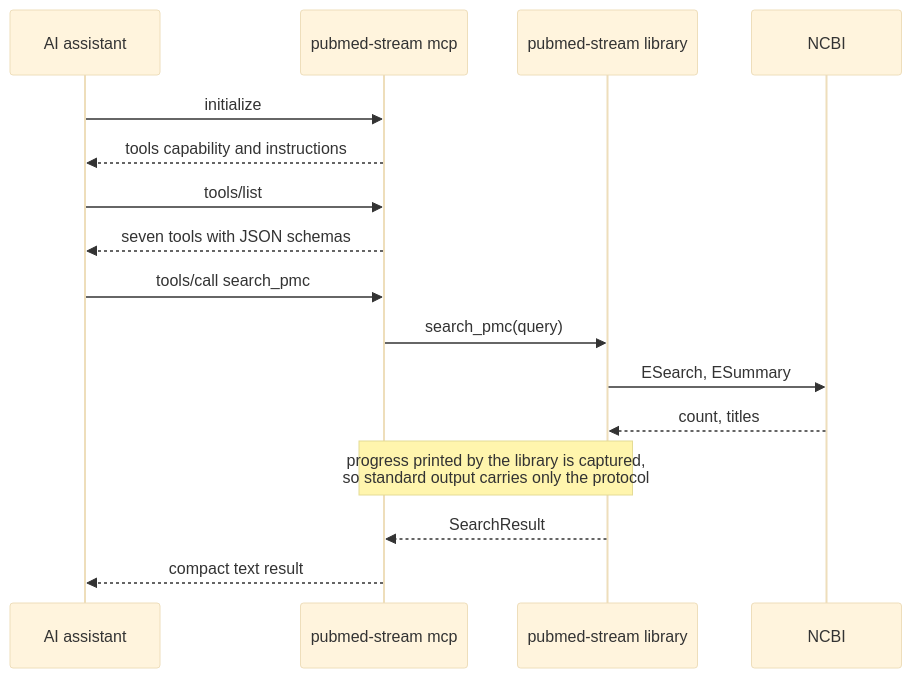
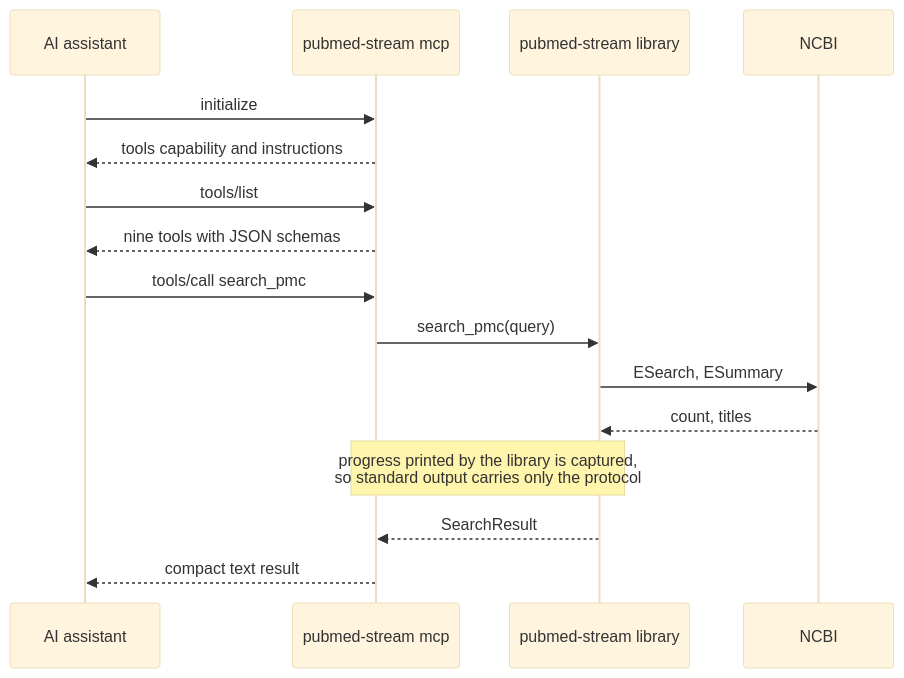
Before and after one commit to melhzy/pubmed-stream: the eighth of 10 diagrams in docs/ARCHITECTURE.md, drawn with Mermaid (base theme). The commit also changed other lines of this file and 23 other files, not shown here.

````diff
--- a/docs/ARCHITECTURE.md
+++ b/docs/ARCHITECTURE.md
@@ -375,18 +378,18 @@
 ```mermaid
 sequenceDiagram
     participant A as AI assistant
     participant M as pubmed-stream mcp
     participant L as pubmed-stream library
     participant N as NCBI
     A->>M: initialize
     M-->>A: tools capability and instructions
     A->>M: tools/list
-    M-->>A: seven tools with JSON schemas
+    M-->>A: nine tools with JSON schemas
     A->>M: tools/call search_pmc
     M->>L: search_pmc(query)
     L->>N: ESearch, ESummary
     N-->>L: count, titles
     Note over M,L: progress printed by the library is captured,<br/>so standard output carries only the protocol
     L-->>M: SearchResult
     M-->>A: compact text result
 ```
````
